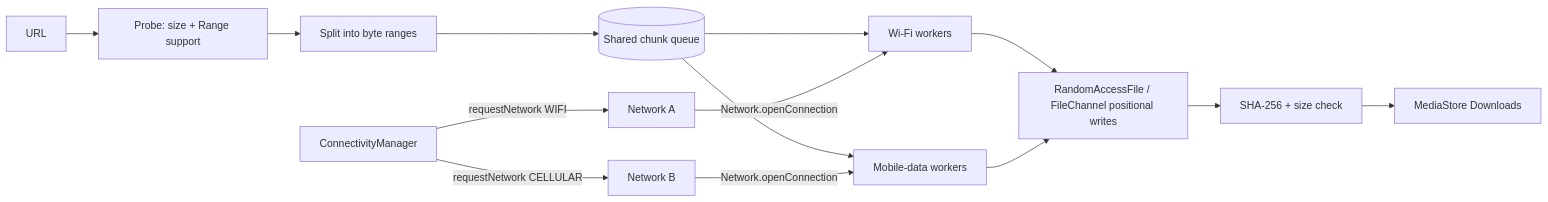
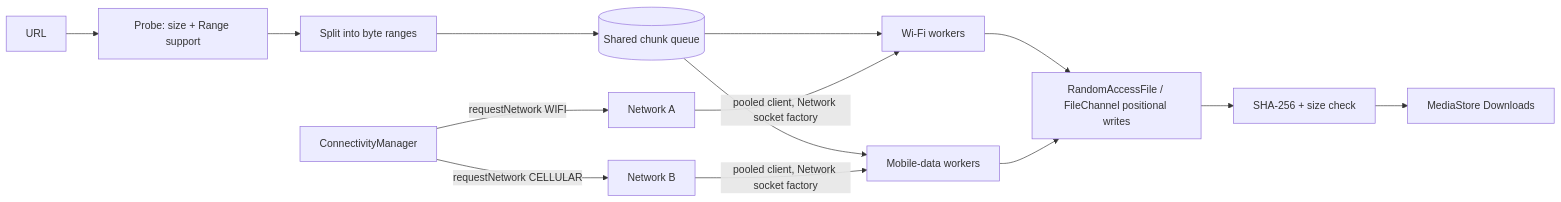
Before and after one commit to owaiskhan-ash/Faster-Downloads: the diagram in README.md, drawn with Mermaid. The commit also changed other lines of this file and 22 other files, not shown here.

````diff
--- a/README.md
+++ b/README.md
@@ -29,16 +29,16 @@
 ```mermaid
 flowchart LR
     U[URL] --> P[Probe: size + Range support]
     P --> S[Split into byte ranges]
     S --> Q[(Shared chunk queue)]
     CM[ConnectivityManager] -->|requestNetwork WIFI| NW[Network A]
     CM -->|requestNetwork CELLULAR| NC[Network B]
     Q --> W1[Wi-Fi workers]
     Q --> W2[Mobile-data workers]
-    NW -->|Network.openConnection| W1
-    NC -->|Network.openConnection| W2
+    NW -->|pooled client, Network socket factory| W1
+    NC -->|pooled client, Network socket factory| W2
     W1 --> F[RandomAccessFile / FileChannel positional writes]
     W2 --> F
     F --> V[SHA-256 + size check]
     V --> D[MediaStore Downloads]
 ```
````
